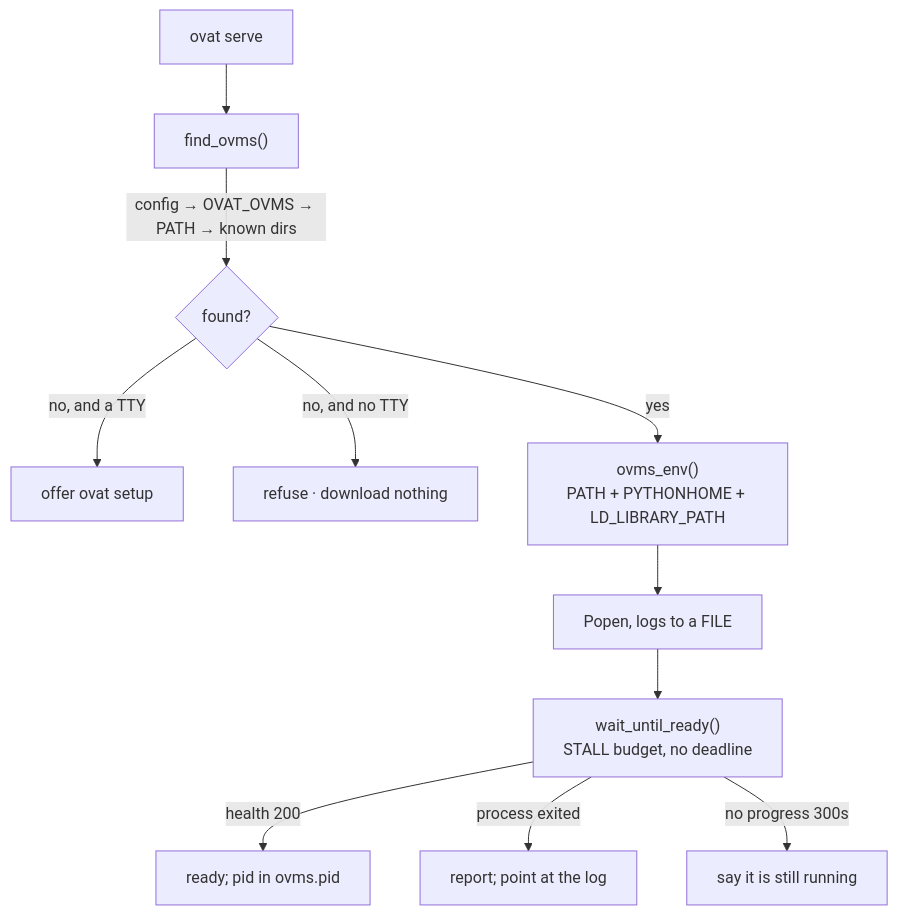
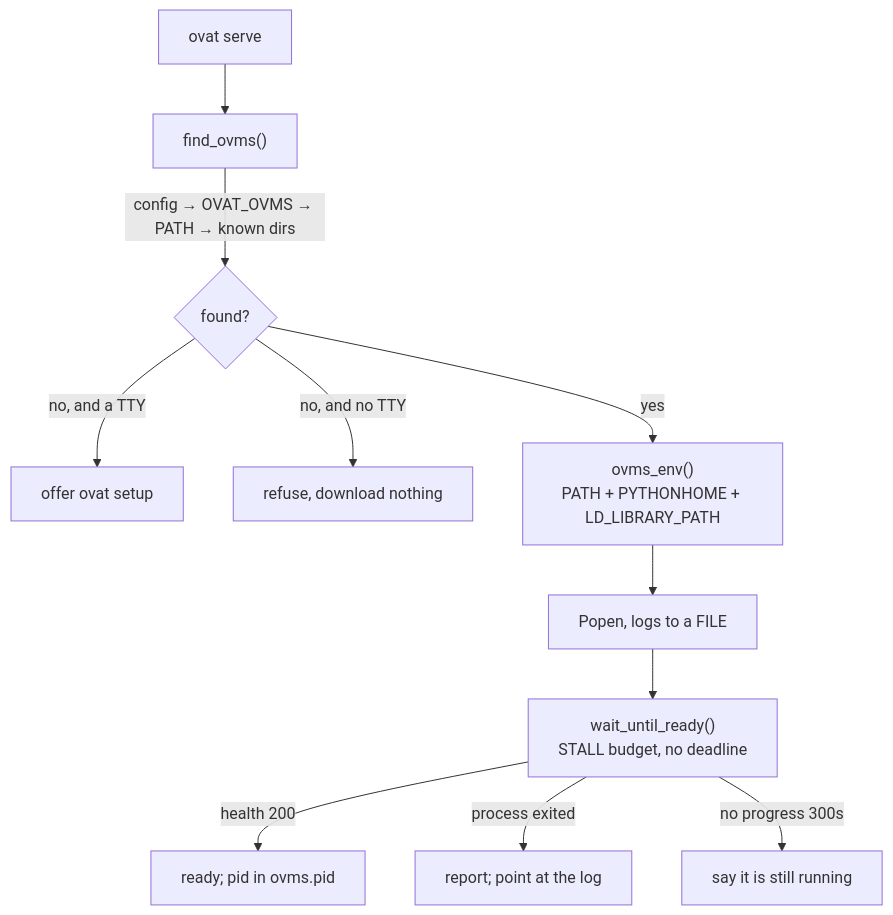
The seventh of 11 diagrams in docs/ARCHITECTURE.md (Lagmator22/ovat), drawn with Mermaid before and after one commit. The commit also changed other lines of this file, not shown here.

First line of the commit message:
docs(architecture): diagrams, the docs site, and what changed since 1.0

````diff
--- a/docs/ARCHITECTURE.md
+++ b/docs/ARCHITECTURE.md
@@ -507,13 +634,13 @@
 ```mermaid
 flowchart TD
     Serve["ovat serve"] --> Locate["find_ovms()"]
     Locate -->|"config → OVAT_OVMS → PATH → known dirs"| Found{"found?"}
     Found -->|"no, and a TTY"| Offer["offer ovat setup"]
-    Found -->|"no, and no TTY"| Refuse["refuse · download nothing"]
+    Found -->|"no, and no TTY"| Refuse["refuse, download nothing"]
     Found -->|"yes"| Env["ovms_env()<br/>PATH + PYTHONHOME + LD_LIBRARY_PATH"]
     Env --> Spawn["Popen, logs to a FILE"]
     Spawn --> Wait["wait_until_ready()<br/>STALL budget, no deadline"]
     Wait -->|"health 200"| Ready["ready; pid in ovms.pid"]
     Wait -->|"process exited"| Dead["report; point at the log"]
     Wait -->|"no progress 300s"| Stall["say it is still running"]
 ```
````
